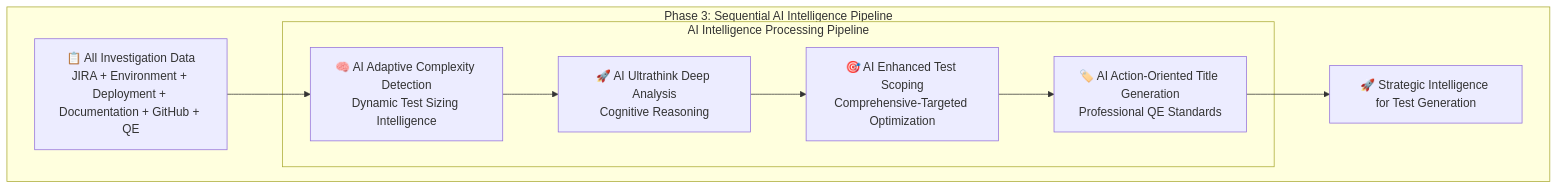
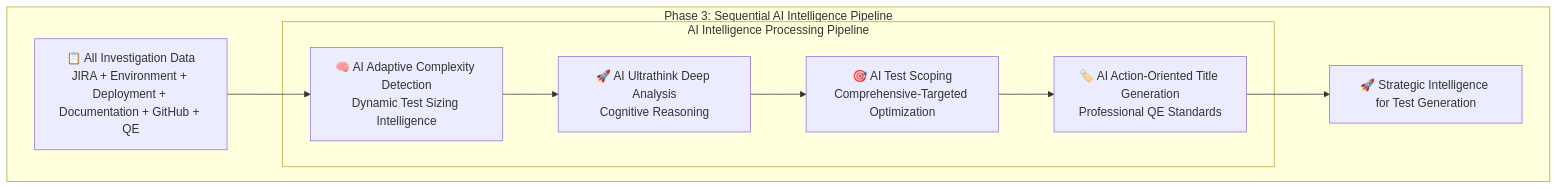
One commit to stolostron/ai-test-gen changed diagram 22 of 26 in apps/claude-test-generator/docs/framework-workflow-details.md. Above: the diagram before and after it, drawn with Mermaid. The commit also changed other lines of this file and 64 other files, not shown here.

````diff
--- a/apps/claude-test-generator/docs/framework-workflow-details.md
+++ b/apps/claude-test-generator/docs/framework-workflow-details.md
@@ -1430,21 +1352,21 @@
 ```mermaid
 graph TD
     subgraph "Phase 3: Sequential AI Intelligence Pipeline"
         INPUT[📋 All Investigation Data<br/>JIRA + Environment + Deployment + Documentation + GitHub + QE]
         
         subgraph "AI Intelligence Processing Pipeline"
             AI1[🧠 AI Adaptive Complexity Detection<br/>Dynamic Test Sizing Intelligence]
             AI2[🚀 AI Ultrathink Deep Analysis<br/>Cognitive Reasoning]
-            AI3[🎯 AI Enhanced Test Scoping<br/>Comprehensive-Targeted Optimization]
+            AI3[🎯 AI Test Scoping<br/>Comprehensive-Targeted Optimization]
             AI4[🏷️ AI Action-Oriented Title Generation<br/>Professional QE Standards]
         end
         
         OUTPUT[🚀 Strategic Intelligence for Test Generation]
     end
     
     INPUT --> AI1
     AI1 --> AI2
     AI2 --> AI3
     AI3 --> AI4
     AI4 --> OUTPUT
 ```
````
